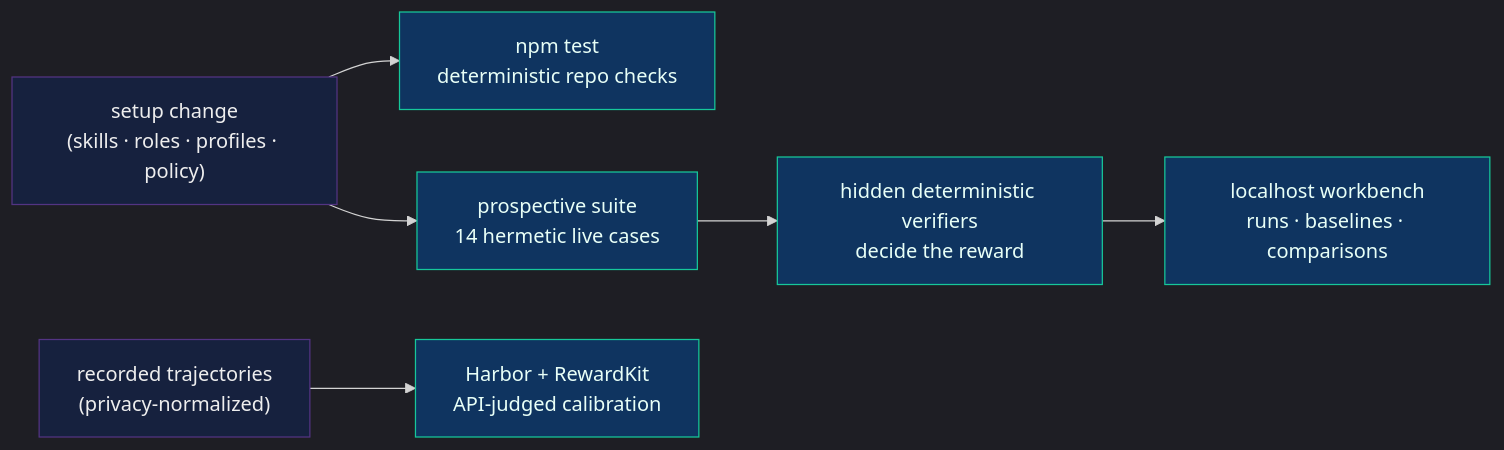
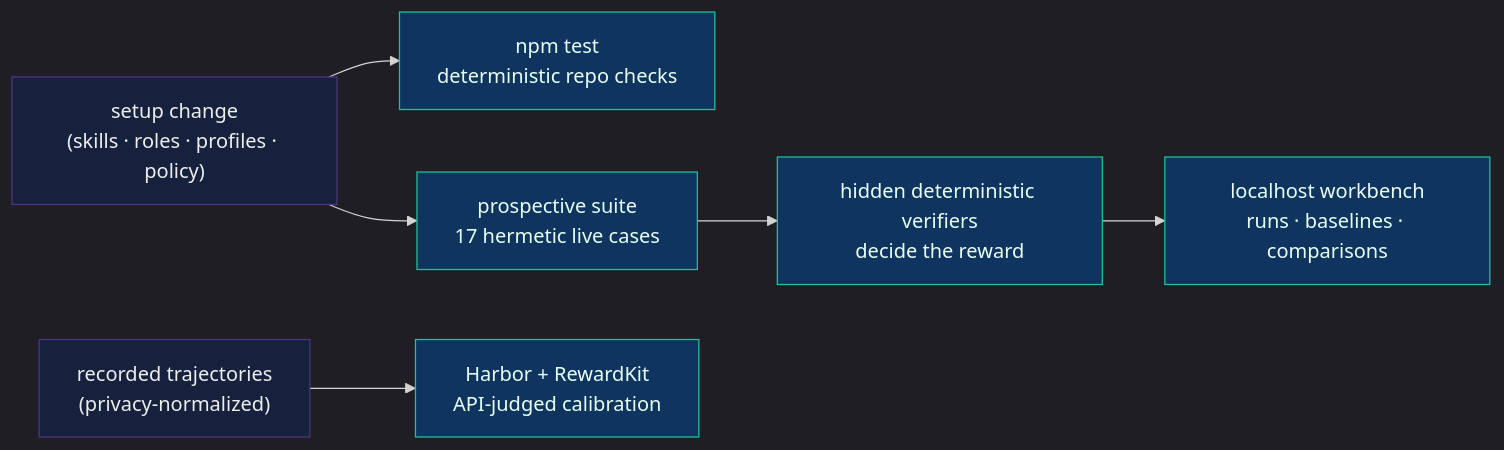
Before and after one commit to nourhelmi/pi-meta-harness: the second of 2 diagrams in README.md, drawn with Mermaid. The commit also changed other lines of this file and 42 other files, not shown here.

````diff
--- a/README.md
+++ b/README.md
@@ -196,17 +198,17 @@
 ```mermaid
 ---
 config:
   theme: dark
 ---
 flowchart LR
   Change["setup change\n(skills · roles · profiles · policy)"] --> Det["npm test\ndeterministic repo checks"]
-  Change --> Pro["prospective suite\n14 hermetic live cases"]
+  Change --> Pro["prospective suite\n17 hermetic live cases"]
   Rec["recorded trajectories\n(privacy-normalized)"] --> Harbor["Harbor + RewardKit\nAPI-judged calibration"]
   Pro --> Verify["hidden deterministic verifiers\ndecide the reward"]
   Verify --> Bench["localhost workbench\nruns · baselines · comparisons"]
 
   classDef in fill:#16213e,stroke:#533483,color:#eee
   classDef check fill:#0f3460,stroke:#16c79a,color:#e8fff7
   class Change,Rec in
   class Det,Pro,Harbor,Verify,Bench check
 ```
````
